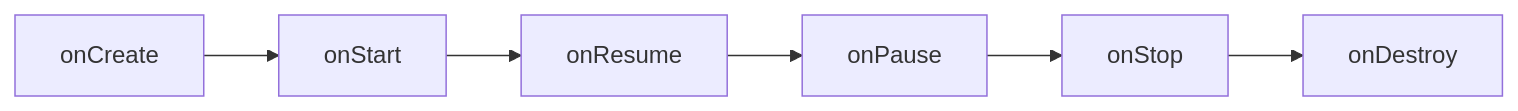
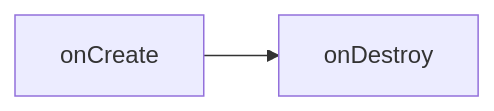
The first of 9 diagrams in Android.md (6gunner/6gunner.github.io), drawn with Mermaid before and after one commit. The commit also changed other lines of this file and 3 other files, not shown here.

````diff
--- a/Android.md
+++ b/Android.md
@@ -189,8 +191,5 @@
 ```mermaid
 graph LR
-onCreate --> onStart
-onStart --> onResume
-onResume --> onPause
-onPause --> onStop
-onStop --> onDestroy
+onCreate --> onDestroy
+
 ```
````
